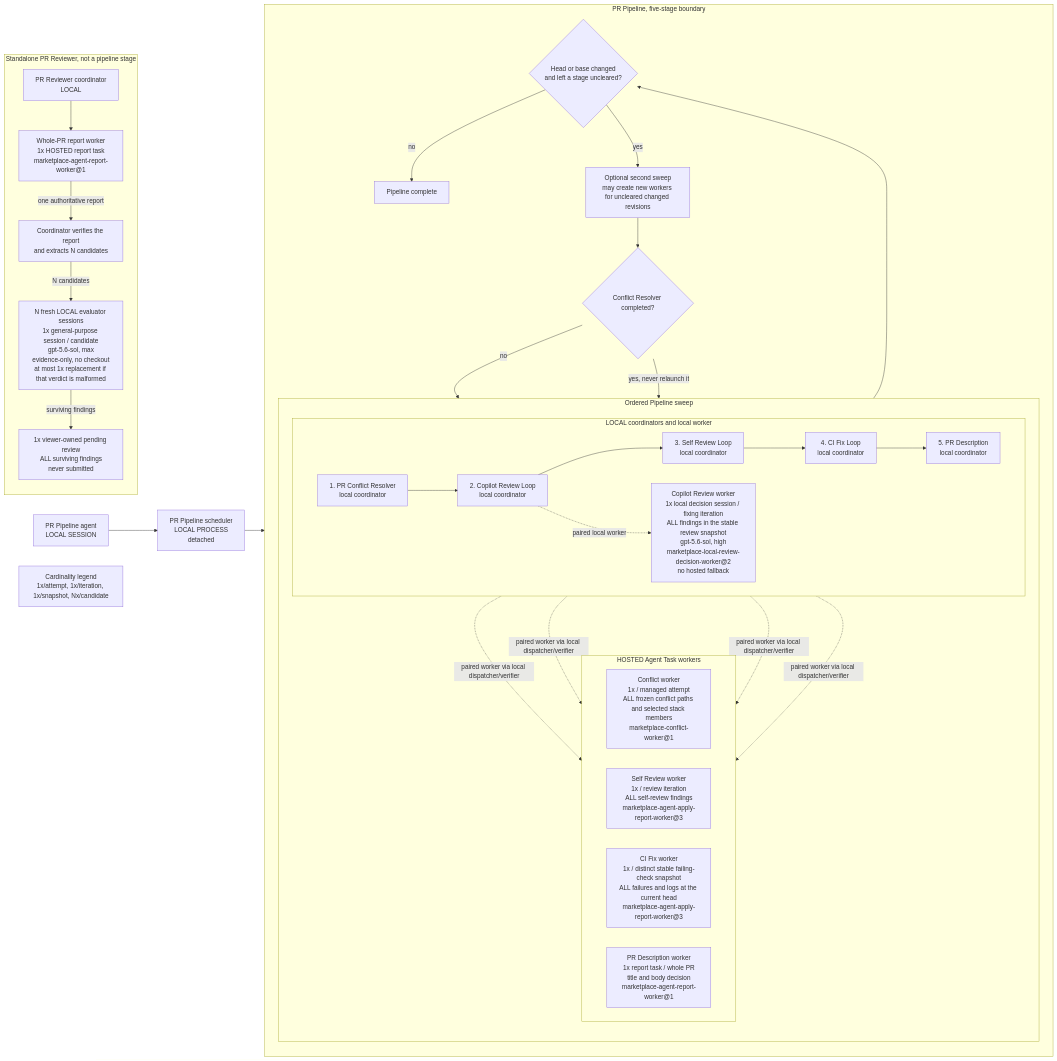
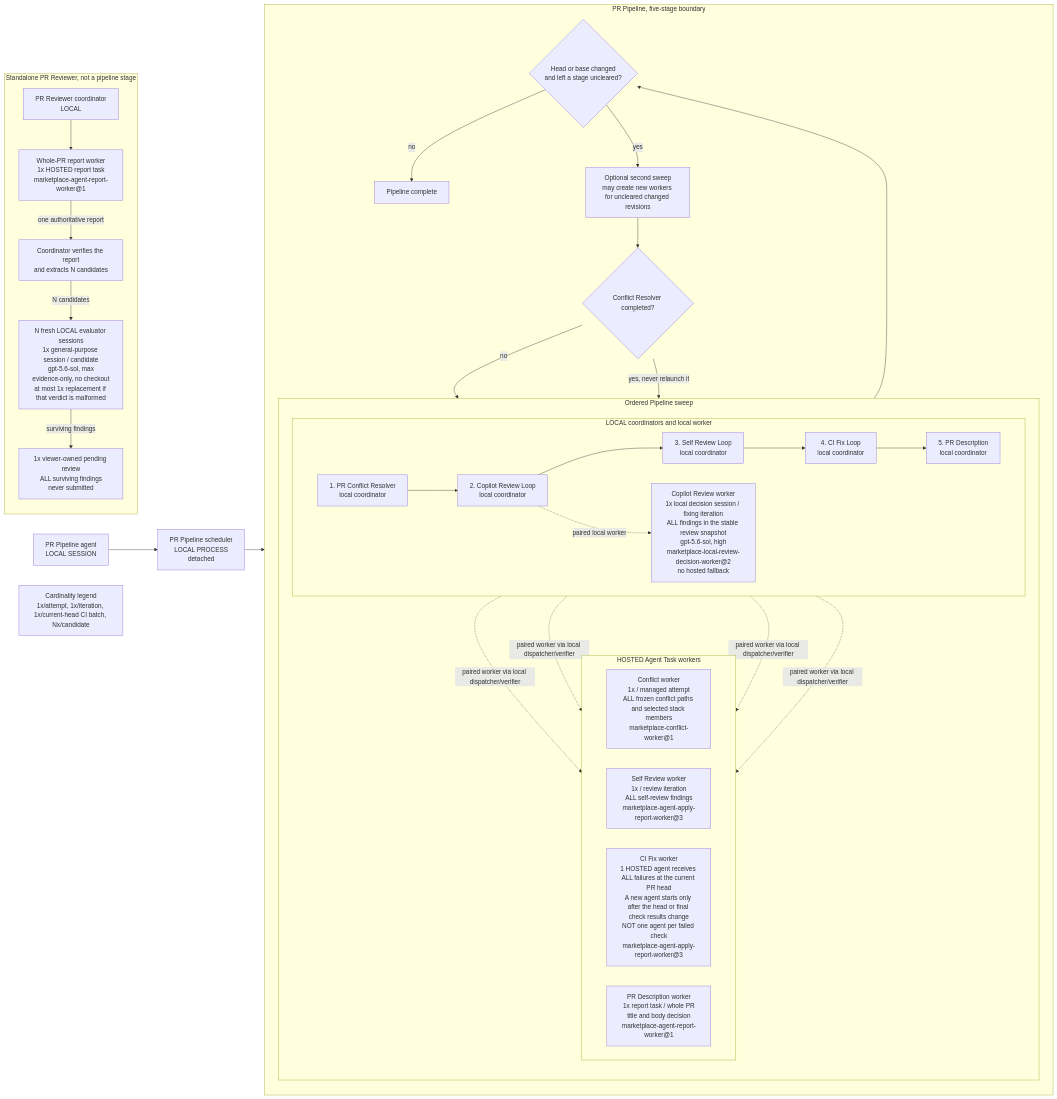
Before and after one commit to trask/copilot-plugins: the diagram in plugins/pr-pipeline/README.md, drawn with Mermaid. The commit also changed other lines of this file, not shown here.

Commit message:
Clarify CI worker batching

````diff
--- a/plugins/pr-pipeline/README.md
+++ b/plugins/pr-pipeline/README.md
@@ -5,65 +5,65 @@
 ```mermaid
 flowchart LR
     pipelineAgent["PR Pipeline agent<br/>LOCAL SESSION"]
     scheduler["PR Pipeline scheduler<br/>LOCAL PROCESS<br/>detached"]
     pipelineAgent --> scheduler
 
     subgraph pipeline["PR Pipeline, five-stage boundary"]
         direction TB
 
         subgraph sweep["Ordered Pipeline sweep"]
             direction TB
 
             subgraph local["LOCAL coordinators and local worker"]
                 direction LR
                 conflict["1. PR Conflict Resolver<br/>local coordinator"]
                 copilotReview["2. Copilot Review Loop<br/>local coordinator"]
                 selfReview["3. Self Review Loop<br/>local coordinator"]
                 ciFix["4. CI Fix Loop<br/>local coordinator"]
                 description["5. PR Description<br/>local coordinator"]
                 reviewWorker["Copilot Review worker<br/>1x local decision session / fixing iteration<br/>ALL findings in the stable review snapshot<br/>gpt-5.6-sol, high<br/>marketplace-local-review-decision-worker@2<br/>no hosted fallback"]
 
                 conflict --> copilotReview --> selfReview --> ciFix --> description
                 copilotReview -. "paired local worker" .-> reviewWorker
             end
 
             subgraph hosted["HOSTED Agent Task workers"]
                 direction LR
                 conflictWorker["Conflict worker<br/>1x / managed attempt<br/>ALL frozen conflict paths and selected stack members<br/>marketplace-conflict-worker@1"]
                 selfReviewWorker["Self Review worker<br/>1x / review iteration<br/>ALL self-review findings<br/>marketplace-agent-apply-report-worker@3"]
-                ciWorker["CI Fix worker<br/>1x / distinct stable failing-check snapshot<br/>ALL failures and logs at the current head<br/>marketplace-agent-apply-report-worker@3"]
+                ciWorker["CI Fix worker<br/>1 HOSTED agent receives ALL failures at the current PR head<br/>A new agent starts only after the head or final check results change<br/>NOT one agent per failed check<br/>marketplace-agent-apply-report-worker@3"]
                 descriptionWorker["PR Description worker<br/>1x report task / whole PR<br/>title and body decision<br/>marketplace-agent-report-worker@1"]
             end
 
             conflict -. "paired worker via local dispatcher/verifier" .-> conflictWorker
             selfReview -. "paired worker via local dispatcher/verifier" .-> selfReviewWorker
             ciFix -. "paired worker via local dispatcher/verifier" .-> ciWorker
             description -. "paired worker via local dispatcher/verifier" .-> descriptionWorker
         end
 
         revision{"Head or base changed<br/>and left a stage uncleared?"}
         description --> revision
         revision -->|"no"| done["Pipeline complete"]
         revision -->|"yes"| second["Optional second sweep<br/>may create new workers for uncleared changed revisions"]
         second --> conflictComplete{"Conflict Resolver completed?"}
         conflictComplete -->|"no"| conflict
         conflictComplete -->|"yes, never relaunch it"| copilotReview
     end
 
     subgraph reviewer["Standalone PR Reviewer, not a pipeline stage"]
         direction TB
         reviewerCoordinator["PR Reviewer coordinator<br/>LOCAL"]
         reviewerWorker["Whole-PR report worker<br/>1x HOSTED report task<br/>marketplace-agent-report-worker@1"]
         candidates["Coordinator verifies the report<br/>and extracts N candidates"]
         evaluators["N fresh LOCAL evaluator sessions<br/>1x general-purpose session / candidate<br/>gpt-5.6-sol, max<br/>evidence-only, no checkout<br/>at most 1x replacement if that verdict is malformed"]
         pendingReview["1x viewer-owned pending review<br/>ALL surviving findings<br/>never submitted"]
 
         reviewerCoordinator --> reviewerWorker
         reviewerWorker -->|"one authoritative report"| candidates
         candidates -->|"N candidates"| evaluators
         evaluators -->|"surviving findings"| pendingReview
     end
 
     scheduler --> conflict
-    legend["Cardinality legend<br/>1x/attempt, 1x/iteration, 1x/snapshot, Nx/candidate"]
+    legend["Cardinality legend<br/>1x/attempt, 1x/iteration, 1x/current-head CI batch, Nx/candidate"]
 ```
````
